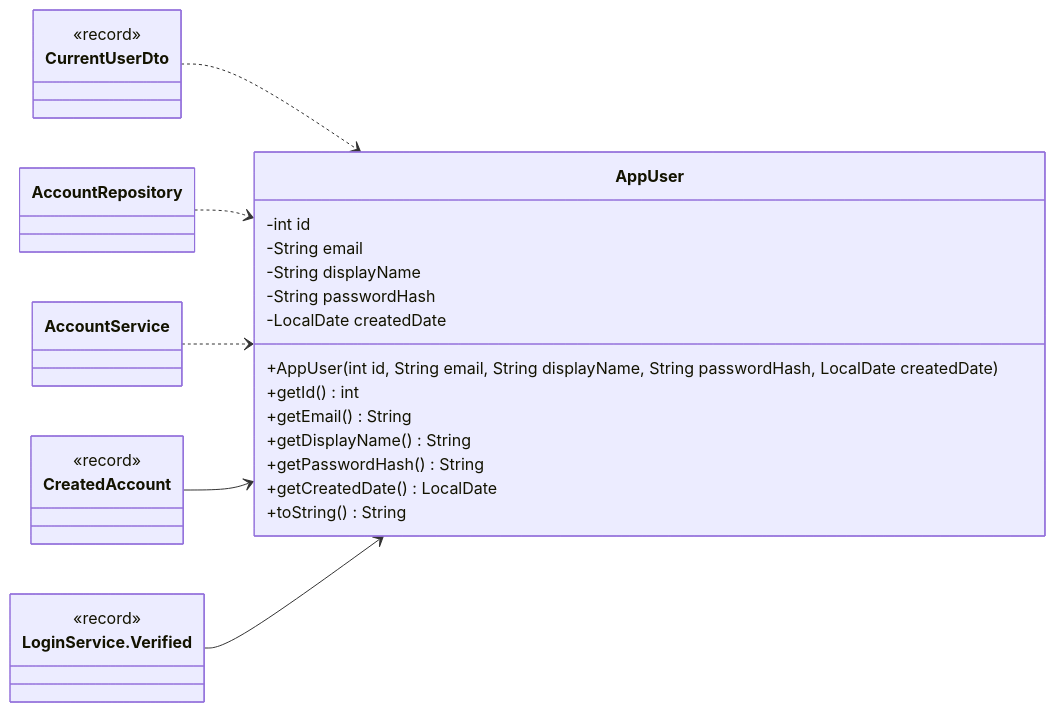
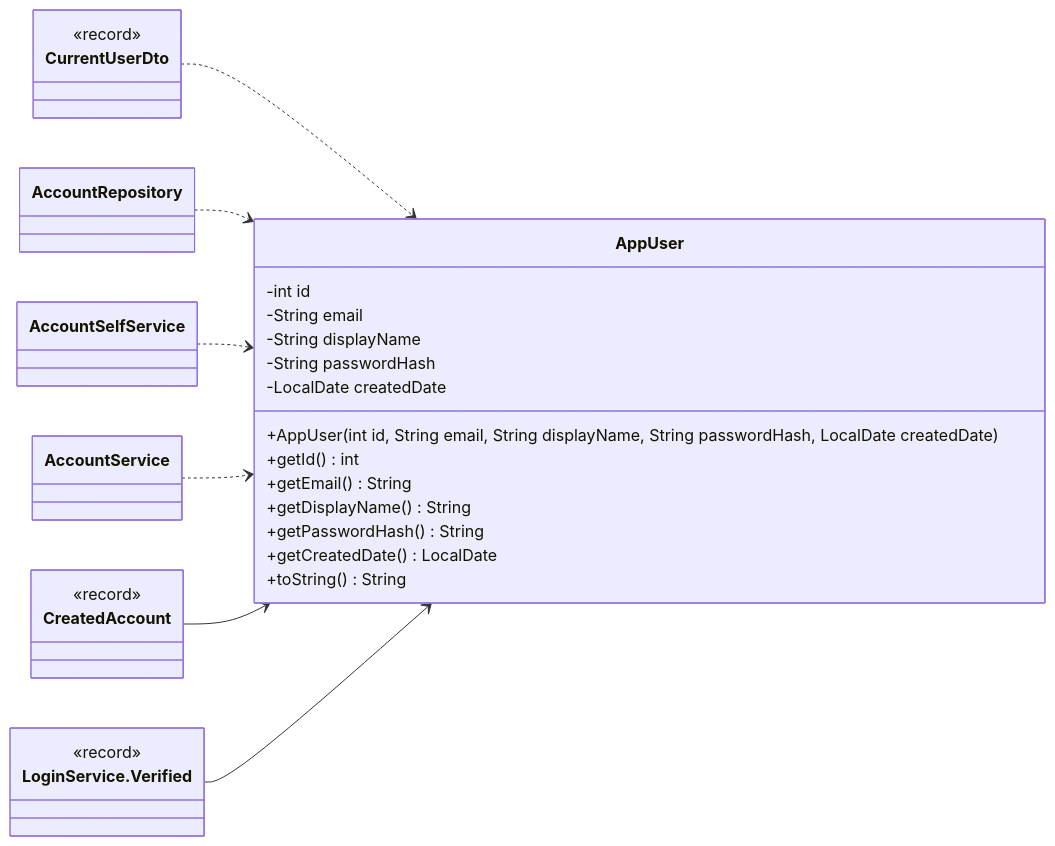
Before and after one commit to Nate-ryan-7690/dahaem: the fifth of 17 diagrams in docs/classes/auth.md, drawn with Mermaid. The commit also changed other lines of this file and 4 other files, not shown here.

````diff
--- a/docs/classes/auth.md
+++ b/docs/classes/auth.md
@@ -247,34 +319,36 @@
 ```mermaid
 classDiagram
     direction LR
     class auth_AppUser["AppUser"] {
         -int id
         -String email
         -String displayName
         -String passwordHash
         -LocalDate createdDate
         +AppUser(int id, String email, String displayName, String passwordHash, LocalDate createdDate)
         +getId() int
         +getEmail() String
         +getDisplayName() String
         +getPasswordHash() String
         +getCreatedDate() LocalDate
         +toString() String
     }
     class auth_CreatedAccount["CreatedAccount"] {
         <<record>>
     }
     class auth_LoginService_Verified["LoginService.Verified"] {
         <<record>>
     }
     class api_CurrentUserDto["CurrentUserDto"] {
         <<record>>
     }
     class auth_AccountRepository["AccountRepository"]
+    class auth_AccountSelfService["AccountSelfService"]
     class auth_AccountService["AccountService"]
     api_CurrentUserDto ..> auth_AppUser
     auth_AccountRepository ..> auth_AppUser
+    auth_AccountSelfService ..> auth_AppUser
     auth_AccountService ..> auth_AppUser
     auth_CreatedAccount --> auth_AppUser
     auth_LoginService_Verified --> auth_AppUser
 ```
````
